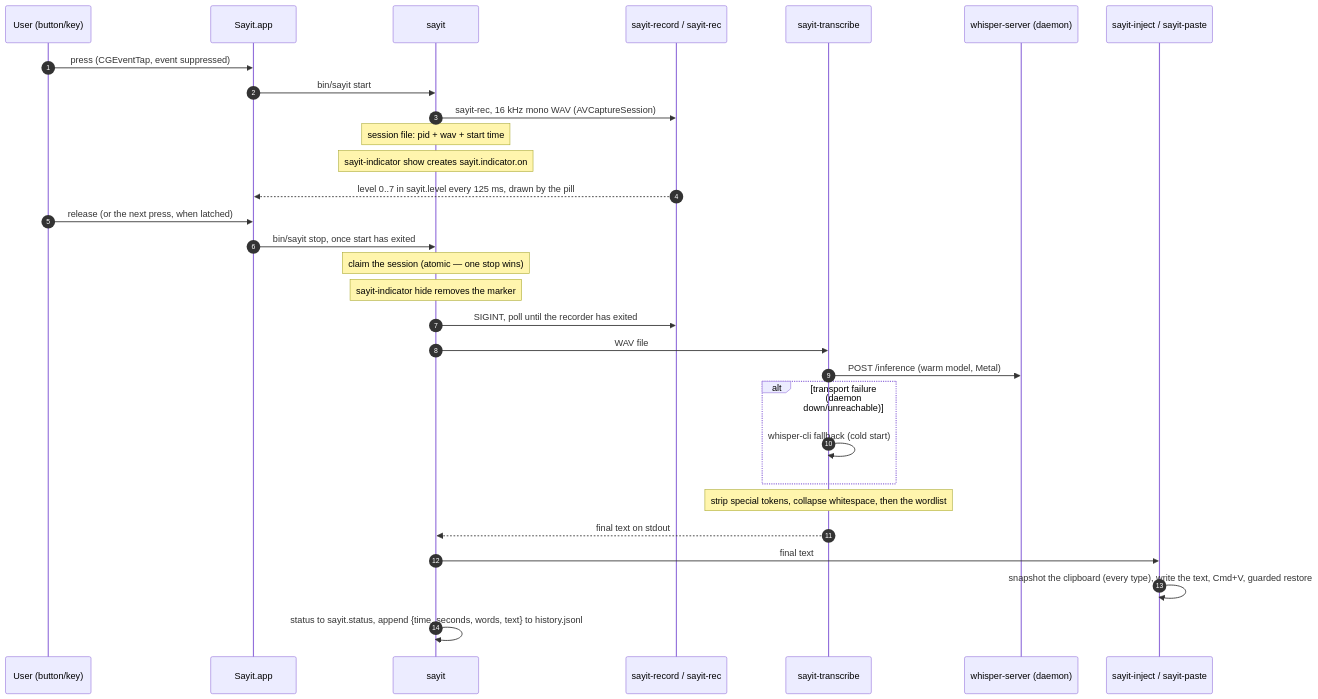
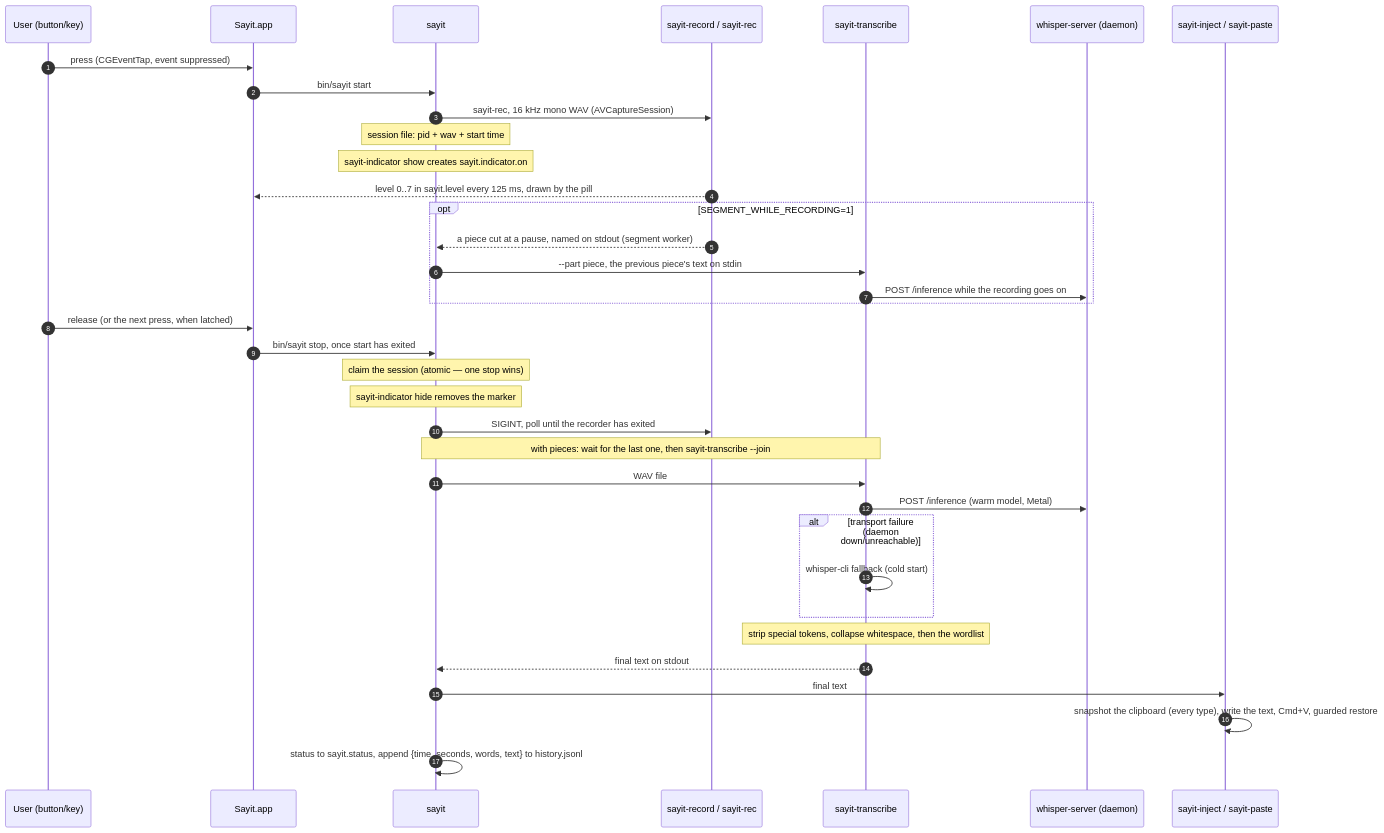
Before and after one commit to MrTorriz/sayit: the fourth of 4 diagrams in docs/ARCHITECTURE.md, drawn with Mermaid. The commit also changed other lines of this file and 19 other files, not shown here.

Commit message:
feat(macos): transcribe while recording, piece by piece at pauses (#11)

````diff
--- a/docs/ARCHITECTURE.md
+++ b/docs/ARCHITECTURE.md
@@ -274,33 +274,39 @@
 ```mermaid
 sequenceDiagram
     autonumber
     participant U as User (button/key)
     participant A as Sayit.app
     participant S as sayit
     participant R as sayit-record / sayit-rec
     participant T as sayit-transcribe
     participant D as whisper-server (daemon)
     participant I as sayit-inject / sayit-paste
 
     U->>A: press (CGEventTap, event suppressed)
     A->>S: bin/sayit start
     S->>R: sayit-rec, 16 kHz mono WAV (AVCaptureSession)
     Note over S: session file: pid + wav + start time
     Note over S: sayit-indicator show creates sayit.indicator.on
     R-->>A: level 0..7 in sayit.level every 125 ms, drawn by the pill
+    opt SEGMENT_WHILE_RECORDING=1
+        R-->>S: a piece cut at a pause, named on stdout (segment worker)
+        S->>T: --part piece, the previous piece's text on stdin
+        T->>D: POST /inference while the recording goes on
+    end
     U->>A: release (or the next press, when latched)
     A->>S: bin/sayit stop, once start has exited
     Note over S: claim the session (atomic — one stop wins)
     Note over S: sayit-indicator hide removes the marker
     S->>R: SIGINT, poll until the recorder has exited
+    Note over S,T: with pieces: wait for the last one, then sayit-transcribe --join
     S->>T: WAV file
     T->>D: POST /inference (warm model, Metal)
     alt transport failure (daemon down/unreachable)
         T->>T: whisper-cli fallback (cold start)
     end
     Note over T: strip special tokens, collapse whitespace, then the wordlist
     T-->>S: final text on stdout
     S->>I: final text
     I->>I: snapshot the clipboard (every type), write the text, Cmd+V, guarded restore
     S->>S: status to sayit.status, append {time, seconds, words, text} to history.jsonl
 ```
````
